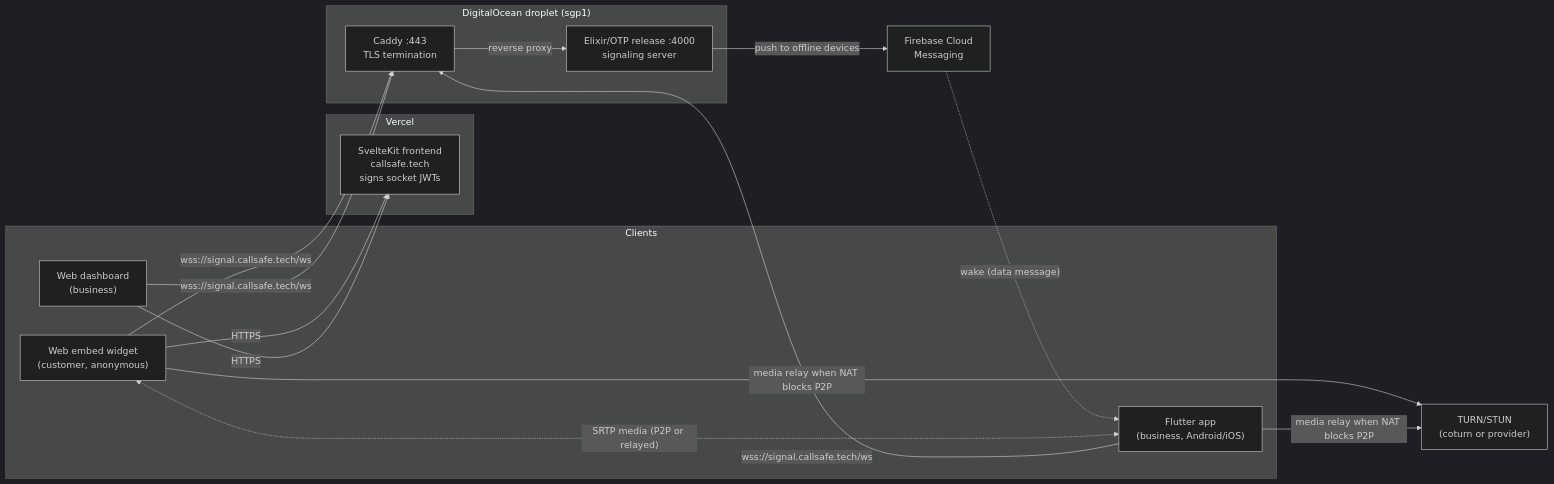
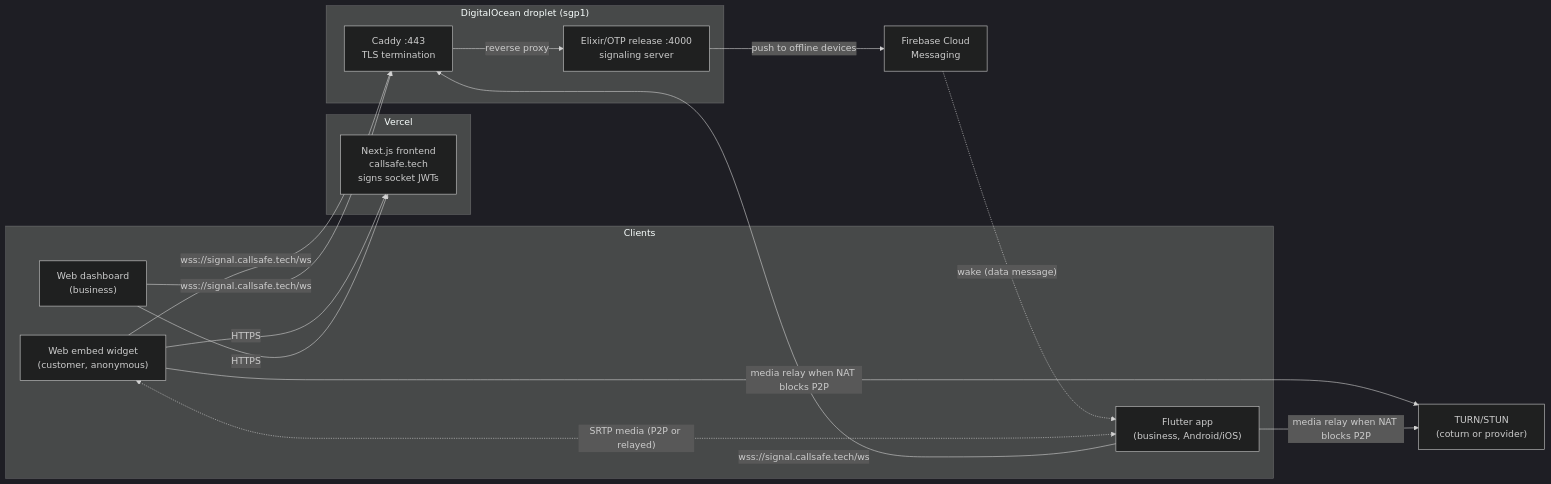
One commit to arkanere/callsafe changed the first of 4 diagrams in ARCHITECTURE.md. Above: the diagram before and after it, drawn with Mermaid (dark theme). The commit also changed other lines of this file and 11 other files, not shown here.

First line of the commit message:
Update docs for the Next.js frontend and retire the migration plan

````diff
--- a/ARCHITECTURE.md
+++ b/ARCHITECTURE.md
@@ -17,28 +17,28 @@
 ```mermaid
 flowchart LR
     subgraph Clients
         W["Web embed widget<br/>(customer, anonymous)"]
         D["Web dashboard<br/>(business)"]
         M["Flutter app<br/>(business, Android/iOS)"]
     end
 
     subgraph Vercel
-        F["SvelteKit frontend<br/>callsafe.tech<br/>signs socket JWTs"]
+        F["Next.js frontend<br/>callsafe.tech<br/>signs socket JWTs"]
     end
 
     subgraph "DigitalOcean droplet (sgp1)"
         C["Caddy :443<br/>TLS termination"]
         S["Elixir/OTP release :4000<br/>signaling server"]
         C -->|reverse proxy| S
     end
 
     T["TURN/STUN<br/>(coturn or provider)"]
     FCM["Firebase Cloud<br/>Messaging"]
 
     W & D -->|HTTPS| F
     W & D & M -->|"wss://signal.callsafe.tech/ws"| C
     S -->|push to offline devices| FCM
     FCM -.->|"wake (data message)"| M
     W <-.->|"SRTP media (P2P or relayed)"| M
     W & M -->|media relay when NAT blocks P2P| T
 ```
````
